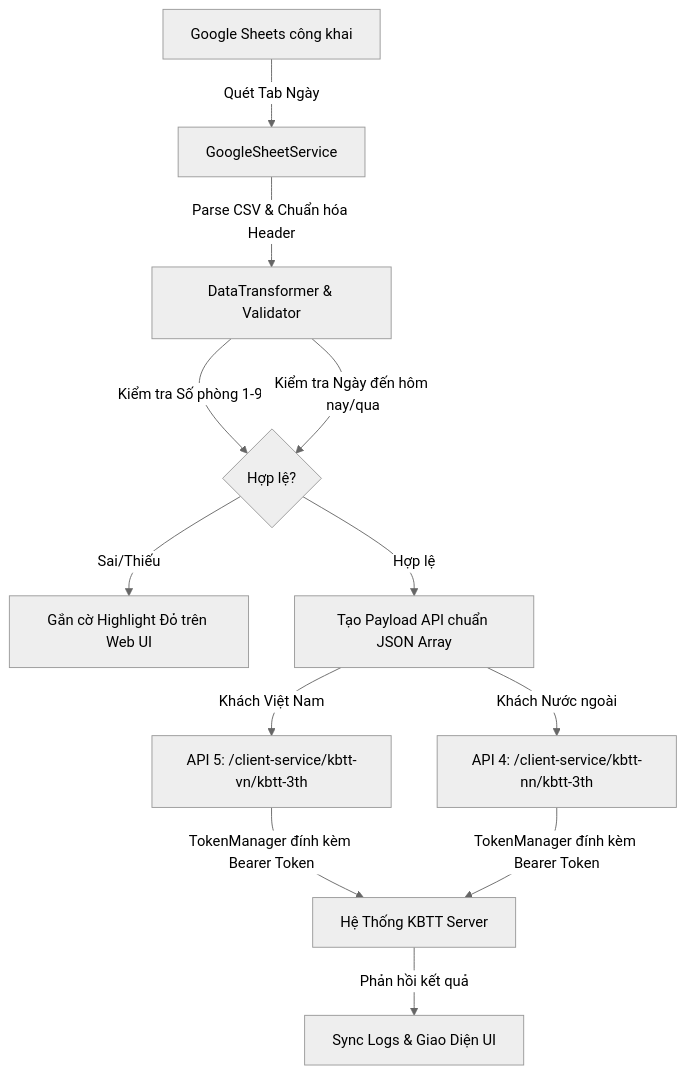
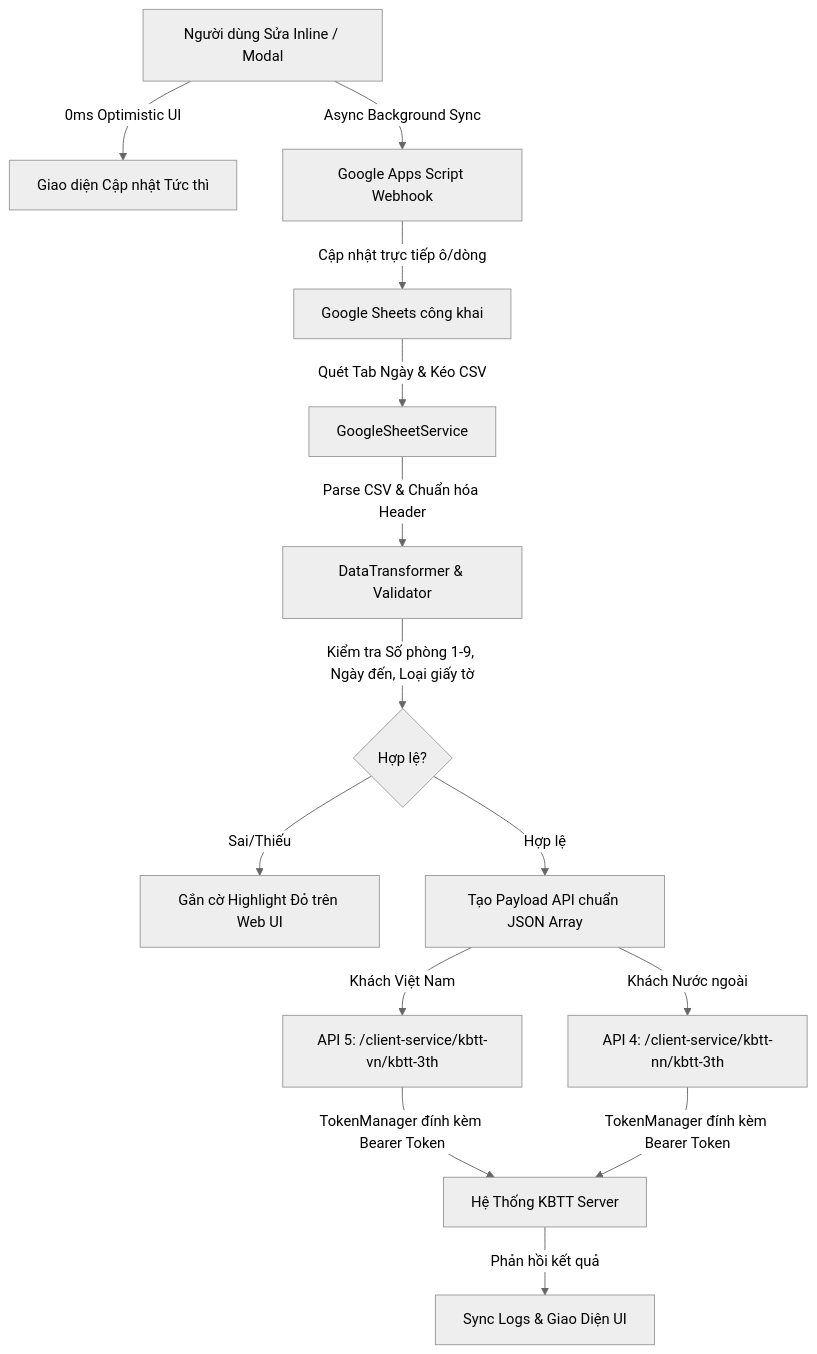
One commit to akhademik/dang-ky-luu-tru changed the diagram in README.md. Above: the diagram before and after it, drawn with Mermaid (neutral theme). The commit also changed other lines of this file and 228 other files, not shown here.

````diff
--- a/README.md
+++ b/README.md
@@ -56,13 +78,16 @@
 ```mermaid
 flowchart TD
-    A[Google Sheets công khai] -->|Quét Tab Ngày| B[GoogleSheetService]
+    A[Google Sheets công khai] -->|Quét Tab Ngày & Kéo CSV| B[GoogleSheetService]
     B -->|Parse CSV & Chuẩn hóa Header| C[DataTransformer & Validator]
-    C -->|Kiểm tra Số phòng 1-9| C1{Hợp lệ?}
-    C -->|Kiểm tra Ngày đến hôm nay/qua| C1
+    C -->|Kiểm tra Số phòng 1-9, Ngày đến, Loại giấy tờ| C1{Hợp lệ?}
     C1 -->|Sai/Thiếu| D[Gắn cờ Highlight Đỏ trên Web UI]
     C1 -->|Hợp lệ| E[Tạo Payload API chuẩn JSON Array]
     E -->|Khách Việt Nam| F[API 5: /client-service/kbtt-vn/kbtt-3th]
     E -->|Khách Nước ngoài| G[API 4: /client-service/kbtt-nn/kbtt-3th]
     F & G -->|TokenManager đính kèm Bearer Token| H[Hệ Thống KBTT Server]
     H -->|Phản hồi kết quả| I[Sync Logs & Giao Diện UI]
+    
+    J[Người dùng Sửa Inline / Modal] -->|0ms Optimistic UI| K[Giao diện Cập nhật Tức thì]
+    J -->|Async Background Sync| L[Google Apps Script Webhook]
+    L -->|Cập nhật trực tiếp ô/dòng| A
 ```
````
